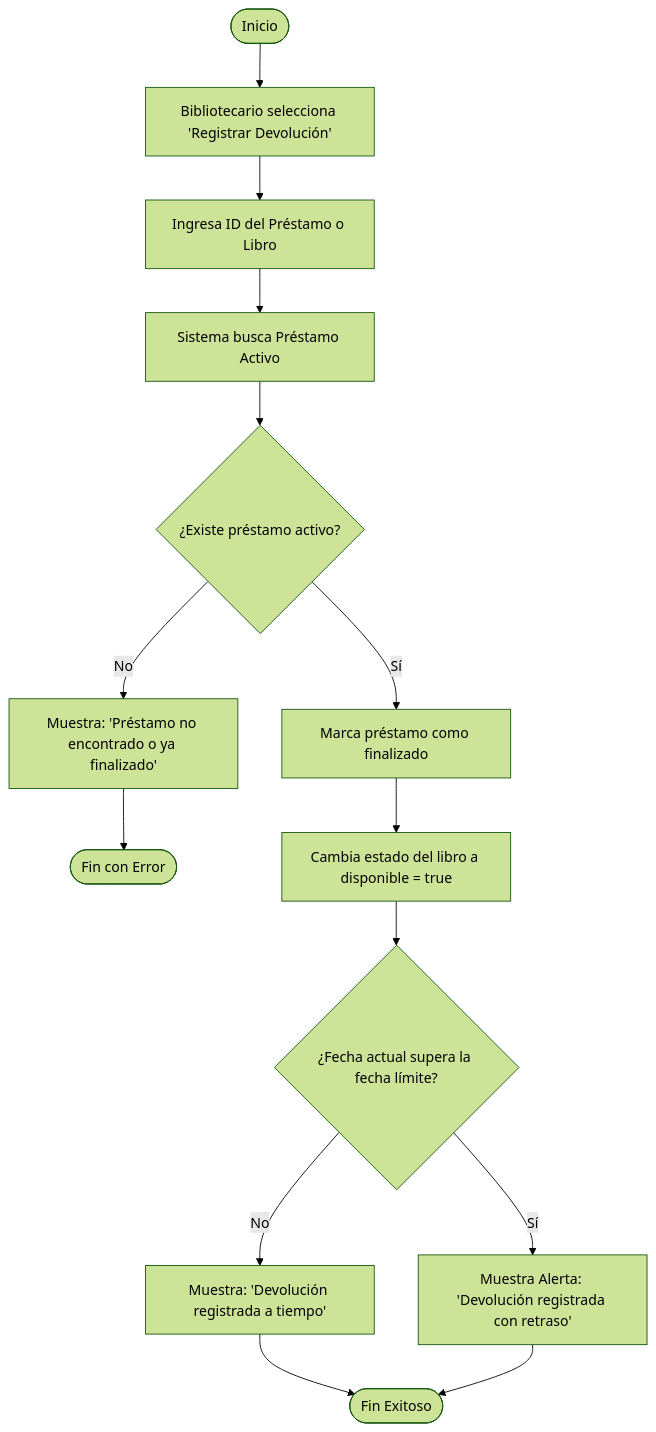
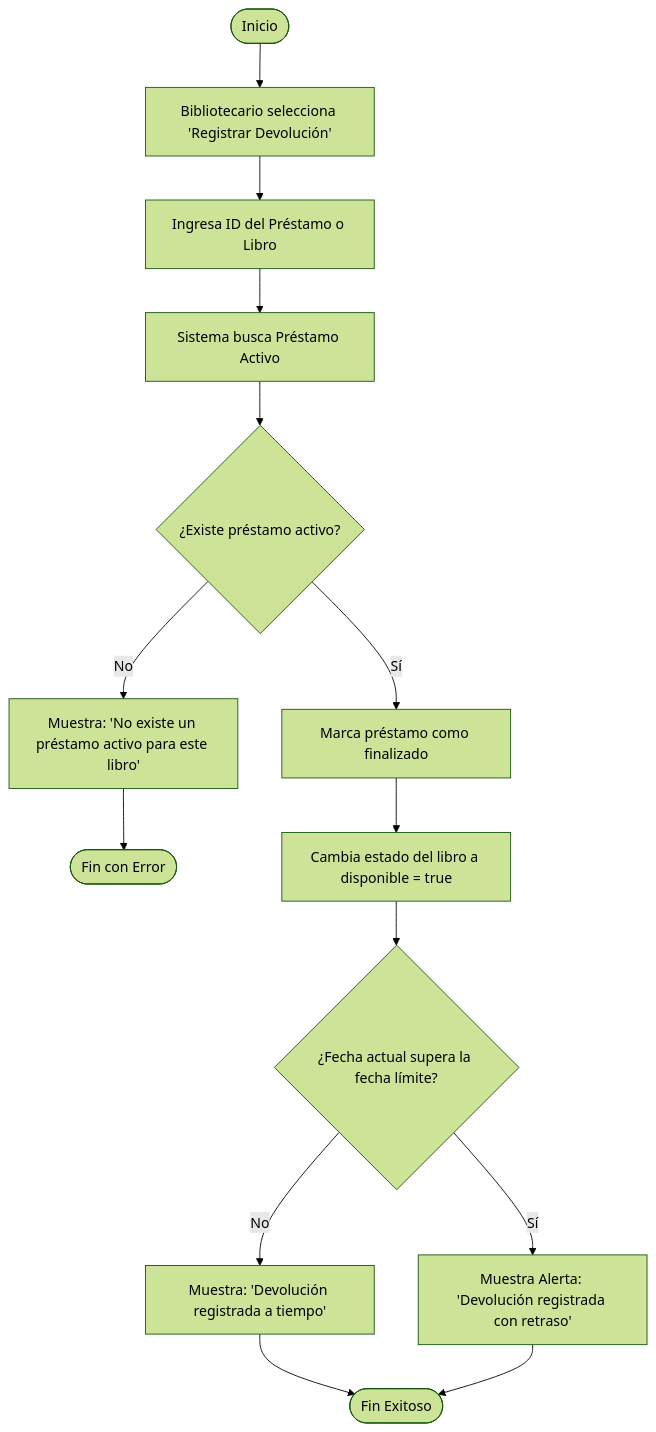
One commit to JuacHomeroC12/Gestion-de-biblioteca-virtual- changed the eighth of 8 diagrams in docs/fase3_diseno_uml.md. Above: the diagram before and after it, drawn with Mermaid (forest theme). The commit also changed other lines of this file, not shown here.

First line of the commit message:
docs(fase3): modelar baja logica del libro en clases y secuencias

````diff
--- a/docs/fase3_diseno_uml.md
+++ b/docs/fase3_diseno_uml.md
@@ -420,20 +428,20 @@
 ```mermaid
 flowchart TD
     Inicio([Inicio]) --> SelecDev[Bibliotecario selecciona 'Registrar Devolución']
     SelecDev --> IngresaID[Ingresa ID del Préstamo o Libro]
     IngresaID --> BuscaPrestamo[Sistema busca Préstamo Activo]
     
     BuscaPrestamo --> ValPrestamo{¿Existe préstamo activo?}
-    ValPrestamo -- No --> ErrPrestamo[Muestra: 'Préstamo no encontrado o ya finalizado']
+    ValPrestamo -- No --> ErrPrestamo[Muestra: 'No existe un préstamo activo para este libro']
     ErrPrestamo --> FinErr([Fin con Error])
     
     ValPrestamo -- Sí --> CierraPrestamo[Marca préstamo como finalizado]
     CierraPrestamo --> LiberaLibro[Cambia estado del libro a disponible = true]
     LiberaLibro --> ValFecha{¿Fecha actual supera la fecha límite?}
     
     ValFecha -- No --> MsgTiempo[Muestra: 'Devolución registrada a tiempo']
     ValFecha -- Sí --> MsgRetraso[Muestra Alerta: 'Devolución registrada con retraso']
     
     MsgTiempo --> Fin([Fin Exitoso])
     MsgRetraso --> Fin
 ```
````
